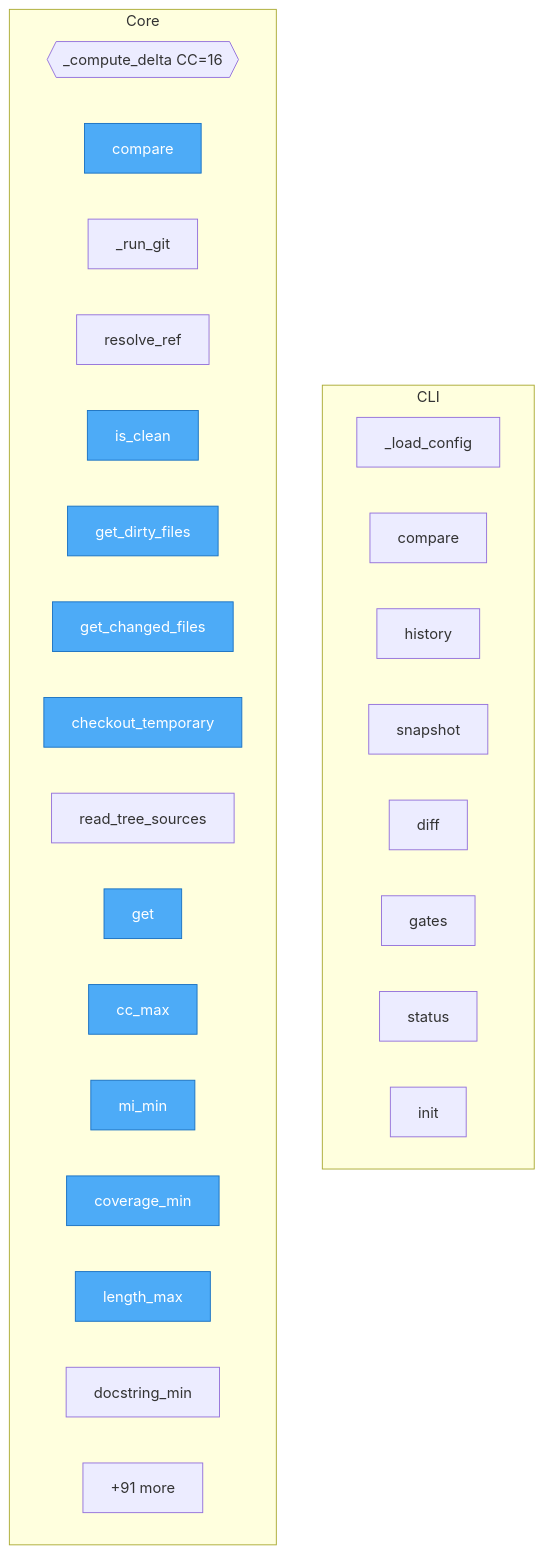
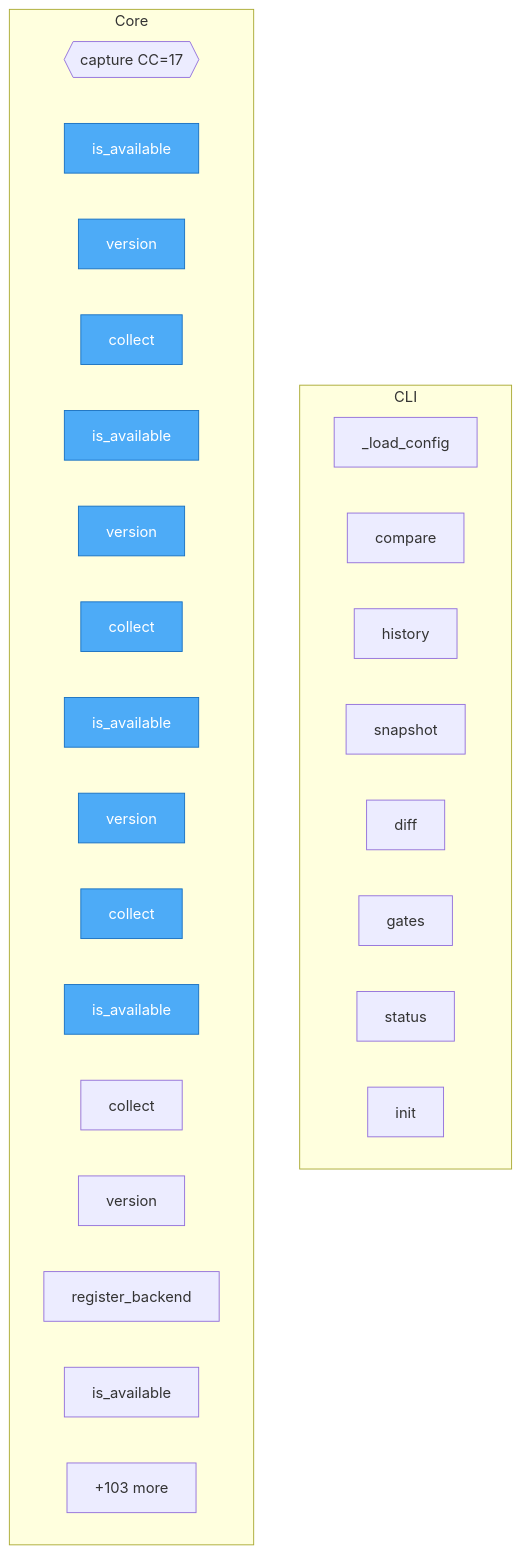
One commit to semcod/regix changed the diagram in project/flow.mmd. Above: the diagram before and after it, drawn with Mermaid. The commit also changed 48 other files, not shown here.

```diff
--- a/project/flow.mmd
+++ b/project/flow.mmd
@@ -1,36 +1,37 @@
 flowchart TD
+%% generated in 0.01s
 
     %% Entry points (blue)
     classDef entry fill:#4dabf7,stroke:#1971c2,color:#fff
 
     subgraph CLI
         regix__cli___load_config["_load_config"]
         regix__cli__compare["compare"]
         regix__cli__history["history"]
         regix__cli__snapshot["snapshot"]
         regix__cli__diff["diff"]
         regix__cli__gates["gates"]
         regix__cli__status["status"]
         regix__cli__init["init"]
     end
 
     subgraph Core
-        regix__compare___compute_delta{{_compute_delta CC=16}}
-        regix__compare__compare["compare"]
-        regix__git___run_git["_run_git"]
-        regix__git__resolve_ref["resolve_ref"]
-        regix__git__is_clean["is_clean"]
-        regix__git__get_dirty_files["get_dirty_files"]
-        regix__git__get_changed_files["get_changed_files"]
-        regix__git__checkout_temporary["checkout_temporary"]
-        regix__git__read_tree_sources["read_tree_sources"]
-        regix__config__GateThresholds__get["get"]
-        regix__config__RegressionConfig__cc_max["cc_max"]
-        regix__config__RegressionConfig__mi_min["mi_min"]
-        regix__config__RegressionConfig__coverage_min["coverage_min"]
-        regix__config__RegressionConfig__length_max["length_max"]
-        regix__config__RegressionConfig__docstring_min["docstring_min"]
-        ...["+91 more"]
+        regix__snapshot__capture{{capture CC=17}}
+        regix__backends__docstring_backend__DocstringBackend__is_available["is_available"]
+        regix__backends__docstring_backend__DocstringBackend__version["version"]
+        regix__backends__docstring_backend__DocstringBackend__collect["collect"]
+        regix__backends__vallm_backend__VallmBackend__is_available["is_available"]
+        regix__backends__vallm_backend__VallmBackend__version["version"]
+        regix__backends__vallm_backend__VallmBackend__collect["collect"]
+        regix__backends__radon_backend__RadonBackend__is_available["is_available"]
+        regix__backends__radon_backend__RadonBackend__version["version"]
+        regix__backends__radon_backend__RadonBackend__collect["collect"]
+        regix__backends__BackendBase__is_available["is_available"]
+        regix__backends__BackendBase__collect["collect"]
+        regix__backends__BackendBase__version["version"]
+        regix__backends__register_backend["register_backend"]
+        regix__backends__code2llm_backend__Code2llmBackend__is_available["is_available"]
+        ...["+103 more"]
     end
 
-    class regix__compare__compare,regix__git__is_clean,regix__git__get_dirty_files,regix__git__get_changed_files,regix__git__checkout_temporary,regix__config__GateThresholds__get,regix__config__RegressionConfig__cc_max,regix__config__RegressionConfig__mi_min,regix__config__RegressionConfig__coverage_min,regix__config__RegressionConfig__length_max entry
+    class regix__backends__docstring_backend__DocstringBackend__is_available,regix__backends__docstring_backend__DocstringBackend__version,regix__backends__docstring_backend__DocstringBackend__collect,regix__backends__vallm_backend__VallmBackend__is_available,regix__backends__vallm_backend__VallmBackend__version,regix__backends__vallm_backend__VallmBackend__collect,regix__backends__radon_backend__RadonBackend__is_available,regix__backends__radon_backend__RadonBackend__version,regix__backends__radon_backend__RadonBackend__collect,regix__backends__BackendBase__is_available entry
```
